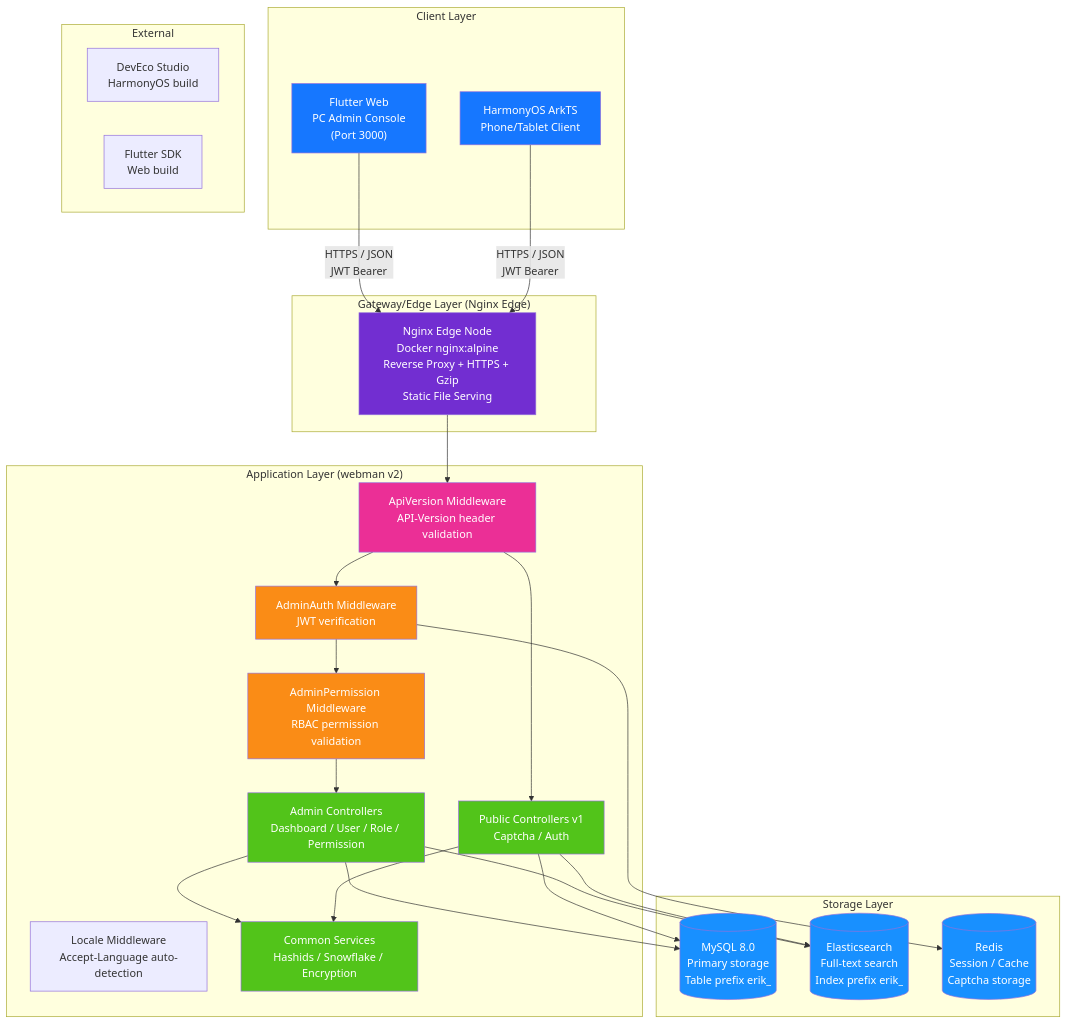
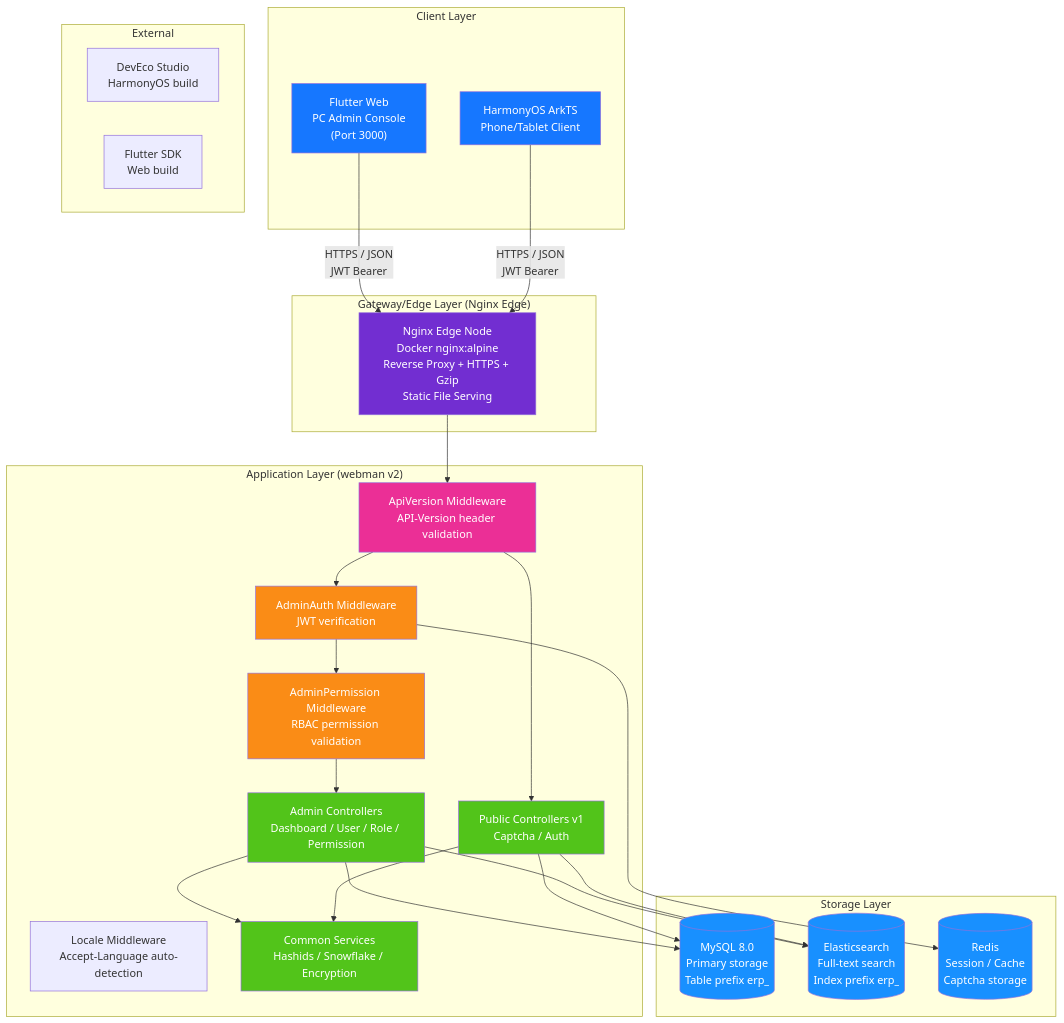
One commit to erikwang2013/erp-php changed the first of 20 diagrams in docs/i18n/en/ARCHITECTURE.md. Above: the diagram before and after it, drawn with Mermaid. The commit also changed other lines of this file and 449 other files, not shown here.

First line of the commit message:
全局命名统一：数据库 erp、表前缀 erp_、Redis 前缀 erp:（原 erik_/open_admin）

````diff
--- a/docs/i18n/en/ARCHITECTURE.md
+++ b/docs/i18n/en/ARCHITECTURE.md
@@ -11,60 +11,60 @@
 ```mermaid
 flowchart TB
     subgraph "Client Layer"
         A1["Flutter Web<br/>PC Admin Console<br/>(Port 3000)"]
         A2["HarmonyOS ArkTS<br/>Phone/Tablet Client"]
     end
 
     subgraph "Gateway/Edge Layer (Nginx Edge)"
         B1["Nginx Edge Node<br/>Docker nginx:alpine<br/>Reverse Proxy + HTTPS + Gzip<br/>Static File Serving"]
     end
 
     subgraph "Application Layer (webman v2)"
         C_LOC["Locale Middleware<br/>Accept-Language auto-detection"]
         C0["ApiVersion Middleware<br/>API-Version header validation"]
         C1["AdminAuth Middleware<br/>JWT verification"]
         C2["AdminPermission Middleware<br/>RBAC permission validation"]
         C3["Admin Controllers<br/>Dashboard / User / Role / Permission"]
         C4["Public Controllers v1<br/>Captcha / Auth"]
         C5["Common Services<br/>Hashids / Snowflake / Encryption"]
     end
 
     subgraph "Storage Layer"
-        D1[("MySQL 8.0<br/>Primary storage<br/>Table prefix erik_")]
-        D2[("Elasticsearch<br/>Full-text search<br/>Index prefix erik_")]
+        D1[("MySQL 8.0<br/>Primary storage<br/>Table prefix erp_")]
+        D2[("Elasticsearch<br/>Full-text search<br/>Index prefix erp_")]
         D3[("Redis<br/>Session / Cache<br/>Captcha storage")]
     end
 
     subgraph "External"
         E1["DevEco Studio<br/>HarmonyOS build"]
         E2["Flutter SDK<br/>Web build"]
     end
 
     A1 -->|"HTTPS / JSON<br/>JWT Bearer"| B1
     A2 -->|"HTTPS / JSON<br/>JWT Bearer"| B1
     B1 --> C0
     C0 --> C1
     C1 --> C2
     C2 --> C3
     C0 --> C4
     C3 --> C5
     C4 --> C5
     C3 --> D1
     C4 --> D1
     C3 --> D2
     C4 --> D2
     C1 --> D3
 
     style A1 fill:#1677FF,color:#fff
     style A2 fill:#1677FF,color:#fff
     style B1 fill:#722ED1,color:#fff
     style C0 fill:#EB2F96,color:#fff
     style C1 fill:#FA8C16,color:#fff
     style C2 fill:#FA8C16,color:#fff
     style C3 fill:#52C41A,color:#fff
     style C4 fill:#52C41A,color:#fff
     style C5 fill:#52C41A,color:#fff
     style D1 fill:#1890FF,color:#fff
     style D2 fill:#1890FF,color:#fff
     style D3 fill:#1890FF,color:#fff
 ```
````
